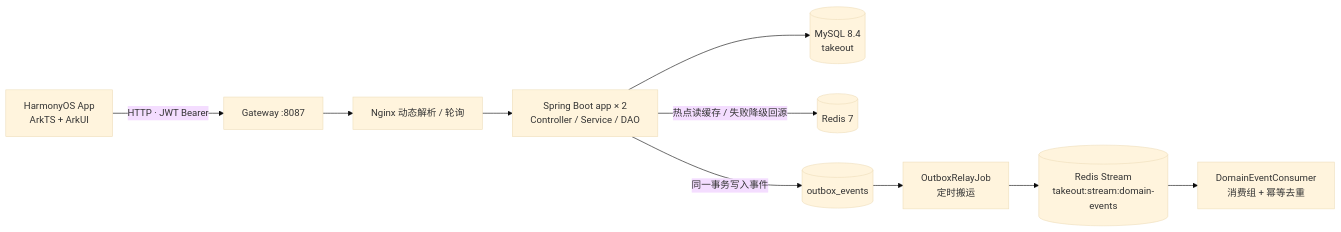
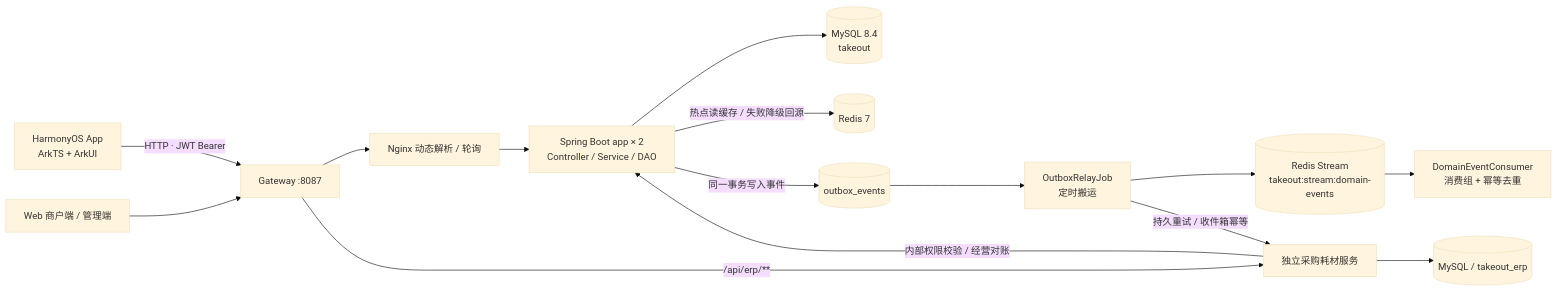
One commit to hqyx2025/simple-takeout changed the diagram in README.md. Above: the diagram before and after it, drawn with Mermaid (base theme). The commit also changed other lines of this file and 92 other files, not shown here.

````diff
--- a/README.md
+++ b/README.md
@@ -115,12 +127,17 @@
 ```mermaid
 flowchart LR
   App["HarmonyOS App<br/>ArkTS + ArkUI"] -->|"HTTP · JWT Bearer"| Gateway["Gateway :8087"]
   Gateway --> Balancer["Nginx 动态解析 / 轮询"]
+  Web["Web 商户端 / 管理端"] --> Gateway
+  Gateway -->|"/api/erp/**"| ERP["独立采购耗材服务"]
+  ERP --> ERPDB[("MySQL / takeout_erp")]
+  ERP -->|"内部权限校验 / 经营对账"| API
   Balancer --> API["Spring Boot app × 2<br/>Controller / Service / DAO"]
   API --> MySQL[("MySQL 8.4<br/>takeout")]
   API -->|"热点读缓存 / 失败降级回源"| Redis[("Redis 7")]
   API -->|"同一事务写入事件"| Outbox[("outbox_events")]
   Outbox --> Relay["OutboxRelayJob<br/>定时搬运"]
   Relay --> Stream[("Redis Stream<br/>takeout:stream:domain-events")]
+  Relay -->|"持久重试 / 收件箱幂等"| ERP
   Stream --> Consumer["DomainEventConsumer<br/>消费组 + 幂等去重"]
 ```
````
